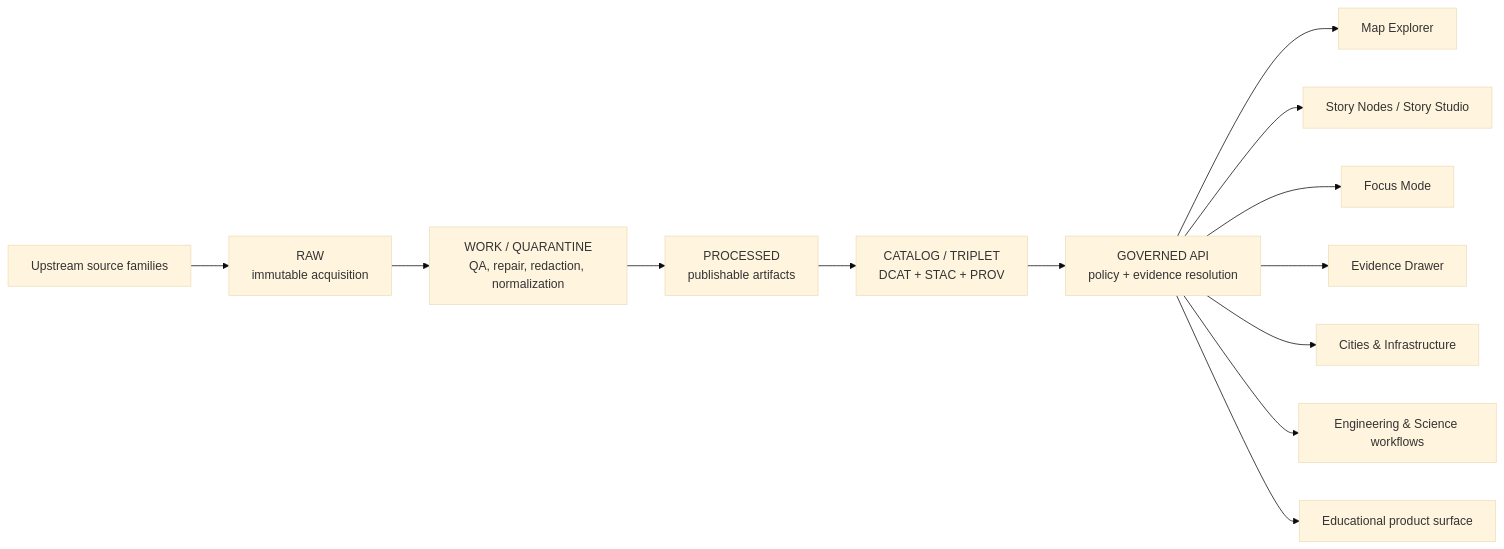
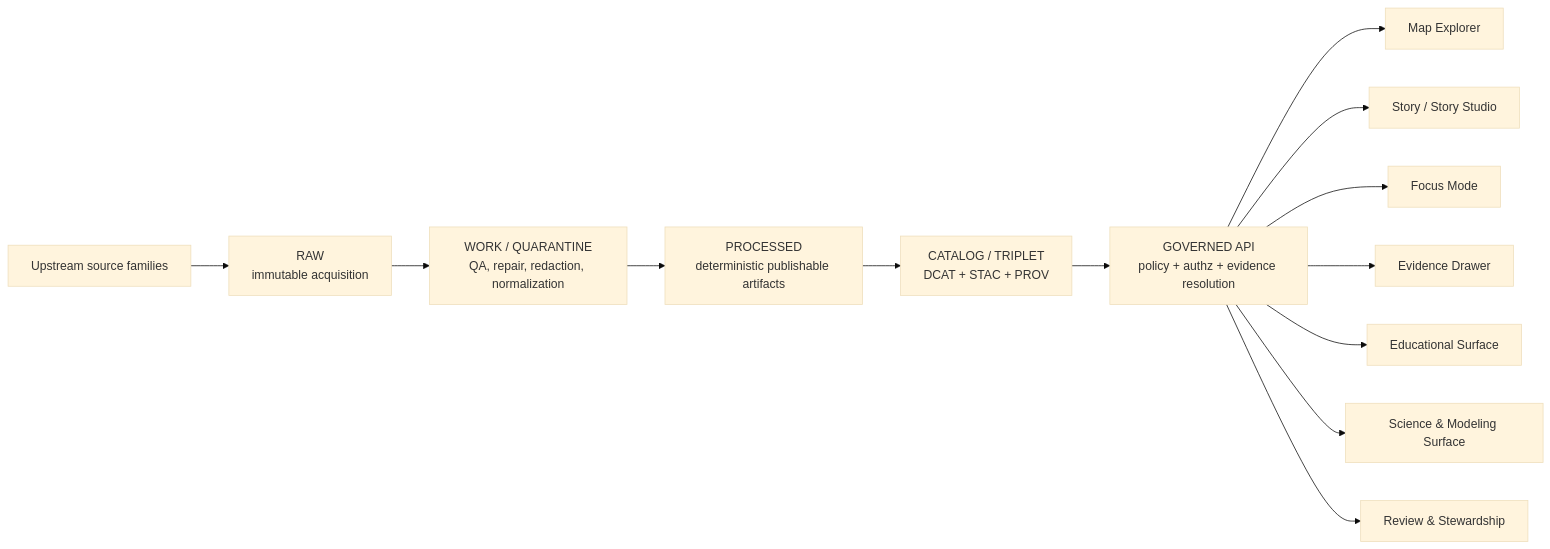
Before and after one commit to bartytime4life/Kansas-Frontier-Matrix: the first of 3 diagrams in README.md, drawn with Mermaid (base theme). The commit also changed other lines of this file, not shown here.

````diff
--- a/README.md
+++ b/README.md
@@ -103,15 +143,15 @@
 ```mermaid
 flowchart LR
     A[Upstream source families] --> B[RAW<br/>immutable acquisition]
     B --> C[WORK / QUARANTINE<br/>QA, repair, redaction, normalization]
-    C --> D[PROCESSED<br/>publishable artifacts]
+    C --> D[PROCESSED<br/>deterministic publishable artifacts]
     D --> E[CATALOG / TRIPLET<br/>DCAT + STAC + PROV]
-    E --> F[GOVERNED API<br/>policy + evidence resolution]
+    E --> F[GOVERNED API<br/>policy + authz + evidence resolution]
     F --> G[Map Explorer]
-    F --> H[Story Nodes / Story Studio]
+    F --> H[Story / Story Studio]
     F --> I[Focus Mode]
     F --> J[Evidence Drawer]
-    F --> K[Cities & Infrastructure]
-    F --> L[Engineering & Science workflows]
-    F --> M[Educational product surface]
+    F --> K[Educational Surface]
+    F --> L[Science & Modeling Surface]
+    F --> M[Review & Stewardship]
 ```
````
